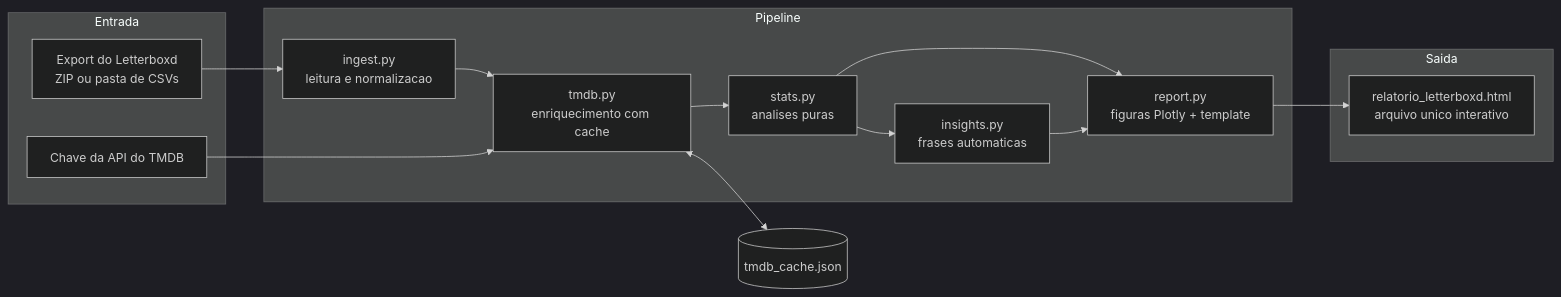
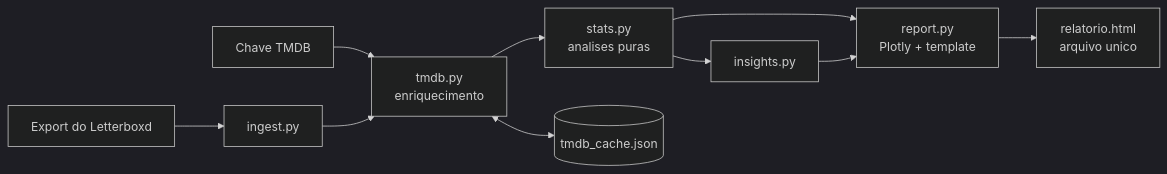
The diagram in README.md (arthurpmotta02/letterboxd-explorer), drawn with Mermaid (dark theme) before and after one commit. The commit also changed other lines of this file and 3 other files, not shown here.

````diff
--- a/README.md
+++ b/README.md
@@ -37,26 +71,9 @@
 ```mermaid
 flowchart LR
-    subgraph entrada [Entrada]
-        E[Export do Letterboxd<br>ZIP ou pasta de CSVs]
-        K[Chave da API do TMDB]
-    end
-
-    subgraph pipeline [Pipeline]
-        I[ingest.py<br>leitura e normalizacao]
-        T[tmdb.py<br>enriquecimento com cache]
-        S[stats.py<br>analises puras]
-        N[insights.py<br>frases automaticas]
-        R[report.py<br>figuras Plotly + template]
-    end
-
-    subgraph saida [Saida]
-        H[relatorio_letterboxd.html<br>arquivo unico interativo]
-    end
-
-    C[(tmdb_cache.json)]
-
-    E --> I --> T --> S --> R --> H
-    K --> T
-    T <--> C
-    S --> N --> R
+    E[Export do Letterboxd] --> I[ingest.py]
+    K[Chave TMDB] --> T
+    I --> T[tmdb.py<br>enriquecimento] --> S[stats.py<br>analises puras] --> R[report.py<br>Plotly + template]
+    S --> N[insights.py] --> R
+    T <--> C[(tmdb_cache.json)]
+    R --> H[relatorio.html<br>arquivo unico]
 ```
````
